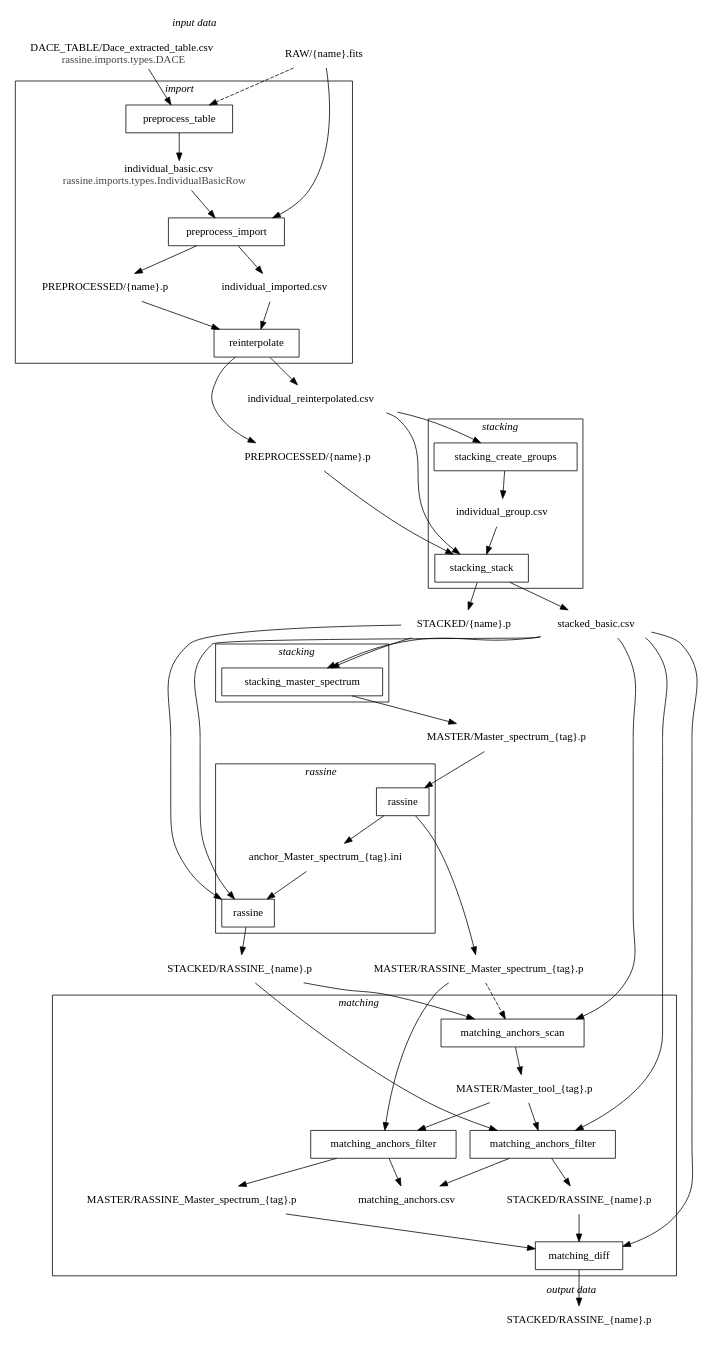
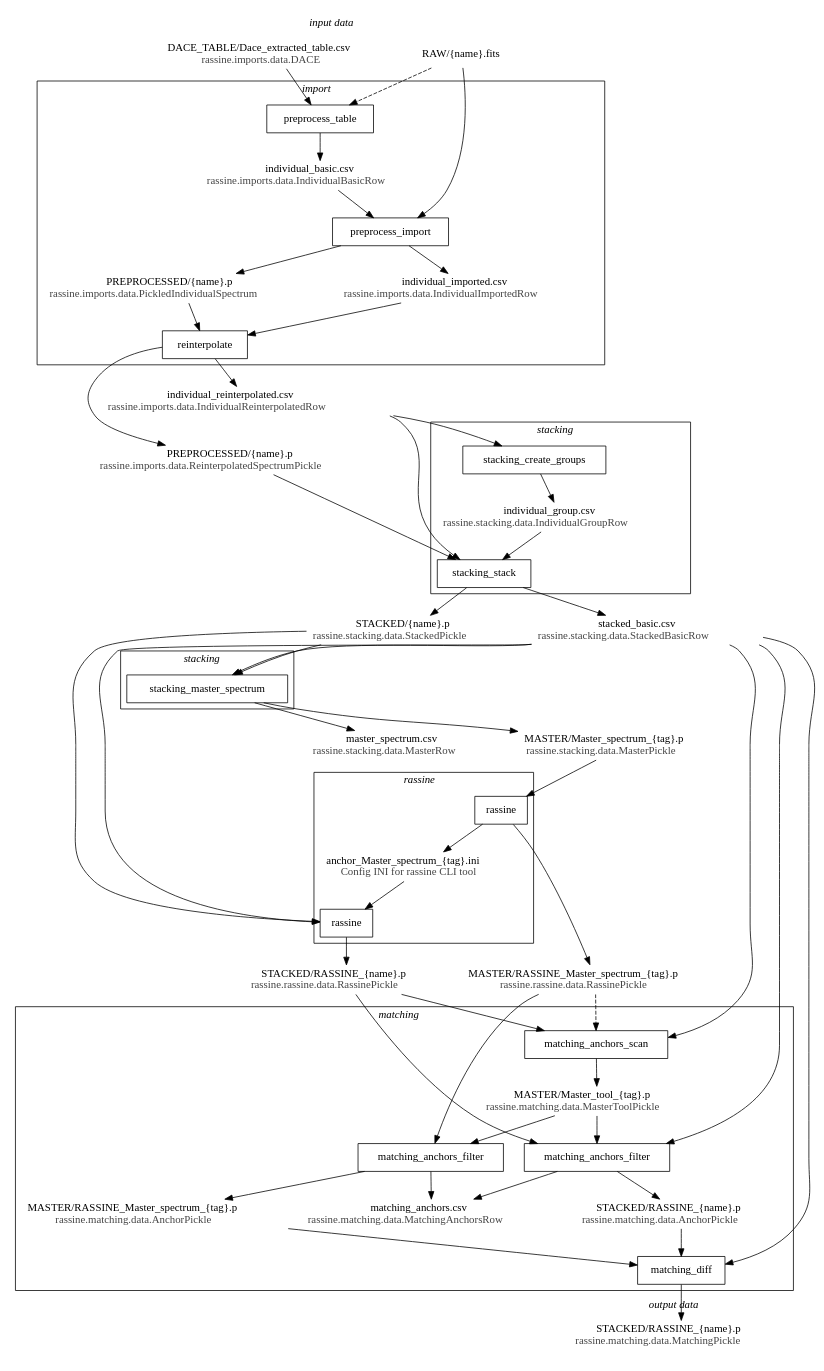
Before and after one commit to pegasilab/rassine: the diagram in _sources/graph.rst, drawn with Graphviz. The commit also changed other lines of this file and 187 other files, not shown here.

```diff
--- a/_sources/graph.rst
+++ b/_sources/graph.rst
@@ -5,145 +5,266 @@
 
     digraph process {
         newrank=false
+
+        // declare nodes, needs to be done before
+
         subgraph cluster_input_data {
-        label=<<i>input data</i>>
-        peripheries=0
-        "RAW/{name}.fits" [shape=none]
-        "DACE_TABLE/Dace_extracted_table.csv" [shape=none, label=<DACE_TABLE/Dace_extracted_table.csv<br/><font color="#444444">rassine.imports.types.DACE</font>>, href="../_autosummary/rassine.imports.types.DACE.html#rassine.imports.types.DACE", target="_top"]
+            label=<<i>input data</i>>
+            peripheries=0
+
+            "RAW/{name}.fits" [shape=none]
+            "DACE_TABLE/Dace_extracted_table.csv" [
+                shape=none,
+                label=<DACE_TABLE/Dace_extracted_table.csv<br/><font color="#444444">rassine.imports.data.DACE</font>>,
+                href="../_autosummary/rassine.imports.data.DACE.html#rassine.imports.data.DACE",
+                target="_top"
+            ]
         }
 
         subgraph cluster_data0 {
-        peripheries=0
-        "PREPROCESSED/{name}.p (bis)" [shape="none", label="PREPROCESSED/{name}.p"]
+            peripheries=0
 
-        "individual_reinterpolated.csv" [shape="none"]
+            "PREPROCESSED/{name}.p (bis)" [
+                shape=none
+                label=<PREPROCESSED/{name}.p<br/><font color="#444444">rassine.imports.data.ReinterpolatedSpectrumPickle</font>>,
+                href="../_autosummary/rassine.imports.data.ReinterpolatedSpectrumPickle.html",
+                target="_top"
+            ]
+            
+            "individual_reinterpolated.csv" [
+                shape=none,
+                label=<individual_reinterpolated.csv<br/><font color="#444444">rassine.imports.data.IndividualReinterpolatedRow</font>>,
+                href="../_autosummary/rassine.imports.data.IndividualReinterpolatedRow.html",
+                target="_top"
+            ]
         }
-        subgraph cluster_data1        {
-        peripheries=0
-        "stacked_basic.csv" [shape="none"]
-        "STACKED/{name}.p" [shape="none"]
-        "MASTER/Master_spectrum_{tag}.p" [shape=none]
+
+        subgraph cluster_data1 {
+            peripheries=0
+
+            "stacked_basic.csv" [
+                shape=none,
+                label=<stacked_basic.csv<br/><font color="#444444">rassine.stacking.data.StackedBasicRow</font>>,
+                href="../_autosummary/rassine.stacking.data.StackedBasicRow.html",
+                target="_top"
+            ]
+            "master_spectrum.csv" [
+                shape=none,
+                label=<master_spectrum.csv<br/><font color="#444444">rassine.stacking.data.MasterRow</font>>,
+                href="../_autosummary/rassine.stacking.data.MasterRow.html",
+                target="_top"
+            ]
+            "STACKED/{name}.p" [
+                shape=none,
+                label=<STACKED/{name}.p<br/><font color="#444444">rassine.stacking.data.StackedPickle</font>>,
+                href="../_autosummary/rassine.stacking.data.StackedPickle.html",
+                target="_top"
+            ]
+            "MASTER/Master_spectrum_{tag}.p" [
+                shape=none,
+                label=<MASTER/Master_spectrum_{tag}.p<br/><font color="#444444">rassine.stacking.data.MasterPickle</font>>,
+                href="../_autosummary/rassine.stacking.data.MasterPickle.html",
+                target="_top"
+            ]
         }
+
         subgraph cluster_data2         {
-        peripheries=0
-        "MASTER/RASSINE_Master_spectrum_{tag}.p" [shape=none]
-        "STACKED/RASSINE_{name}.p" [shape=none]
+            peripheries=0
+
+            "MASTER/RASSINE_Master_spectrum_{tag}.p" [
+                shape=none,
+                label=<MASTER/RASSINE_Master_spectrum_{tag}.p<br/><font color="#444444">rassine.rassine.data.RassinePickle</font>>,
+                href="../_autosummary/rassine.rassine.data.RassinePickle.html",
+                target="_top"
+            ]
+            "STACKED/RASSINE_{name}.p" [
+                shape=none,
+                label=<STACKED/RASSINE_{name}.p<br/><font color="#444444">rassine.rassine.data.RassinePickle</font>>,
+                href="../_autosummary/rassine.rassine.data.RassinePickle.html",
+                target="_top"
+            ]
         }
 
         subgraph cluster_output_data {
-        label=<<i>output data</i>>
-        peripheries=0
-        "STACKED/RASSINE_{name}.p (ter)" [shape=none,label="STACKED/RASSINE_{name}.p"]
+            label=<<i>output data</i>>
+            peripheries=0
+
+            "STACKED/RASSINE_{name}.p (ter)" [
+                shape=none,
+                label=<STACKED/RASSINE_{name}.p<br/><font color="#444444">rassine.matching.data.MatchingPickle</font>>,
+                href="../_autosummary/rassine.matching.data.MatchingPickle.html",
+                target="_top"
+            ]
         }
+
+        // now we go from top to bottom
+
         subgraph cluster_import {
             label=<<i>import</i>>
+
+            // data
+
+            "individual_basic.csv" [
+                shape=none,
+                label=<individual_basic.csv<br/><font color="#444444">rassine.imports.data.IndividualBasicRow</font>>,
+                href="../_autosummary/rassine.imports.data.IndividualBasicRow.html",
+                target="_top"
+            ]
+
+            "PREPROCESSED/{name}.p" [
+                shape=none
+                label=<PREPROCESSED/{name}.p<br/><font color="#444444">rassine.imports.data.PickledIndividualSpectrum</font>>,
+                href="../_autosummary/rassine.imports.data.PickledIndividualSpectrum.html",
+                target="_top"
+            ]
+
+            "individual_imported.csv" [
+                shape=none,
+                label=<individual_imported.csv<br/><font color="#444444">rassine.imports.data.IndividualImportedRow</font>>,
+                href="../_autosummary/rassine.imports.data.IndividualImportedRow.html",
+                target="_top"
+            ]
+
+            // CLI tools and edges
+
             "preprocess_table" [shape=box, href="../cli/preprocess_table.html", target="_top"]
                 "RAW/{name}.fits" -> "preprocess_table" [style="dashed"]
                 "DACE_TABLE/Dace_extracted_table.csv" -> "preprocess_table"
                 "preprocess_table" -> "individual_basic.csv"
 
             "preprocess_import" [shape=box, href="../cli/preprocess_import.html", target="_top"]
-            "individual_basic.csv" -> "preprocess_import"
-            "RAW/{name}.fits" -> "preprocess_import"
-
-            "individual_basic.csv" [shape=none, label=<individual_basic.csv<br/><font color="#444444">rassine.imports.types.IndividualBasicRow</font>>, href="../_autosummary/rassine.imports.types.IndividualBasicRow.html", target="_top"]
-
-            "preprocess_import" -> "PREPROCESSED/{name}.p"
-            "preprocess_import" -> "individual_imported.csv"
-
-            "PREPROCESSED/{name}.p" [shape=none]
-
-            "individual_imported.csv" [shape=none]
-
-            "individual_imported.csv" -> "reinterpolate"
-            "PREPROCESSED/{name}.p" -> "reinterpolate"
+                "individual_basic.csv" -> "preprocess_import"
+                "RAW/{name}.fits" -> "preprocess_import"
+                "preprocess_import" -> "PREPROCESSED/{name}.p"
+                "preprocess_import" -> "individual_imported.csv"
 
             "reinterpolate"  [shape=box, href="../cli/reinterpolate.html", target="_top"]
-            "reinterpolate" -> "PREPROCESSED/{name}.p (bis)"
-            "reinterpolate" -> "individual_reinterpolated.csv"
+                "individual_imported.csv" -> "reinterpolate"
+                "PREPROCESSED/{name}.p" -> "reinterpolate"
+                "reinterpolate" -> "PREPROCESSED/{name}.p (bis)"
+                "reinterpolate" -> "individual_reinterpolated.csv"
+        }
 
-        }
         subgraph cluster_stacking1 {
             label=<<i>stacking</i>>
+
+            // data
+
+            "individual_group.csv" [
+                shape=none,
+                label=<individual_group.csv<br/><font color="#444444">rassine.stacking.data.IndividualGroupRow</font>>,
+                href="../_autosummary/rassine.stacking.data.IndividualGroupRow.html",
+                target="_top"
+            ]
+
+            // CLI tools and edges
+
             "stacking_create_groups" [shape="box", href="../cli/stacking_create_groups.html", target="_top"]
-            "individual_reinterpolated.csv" -> "stacking_create_groups"
-            "stacking_create_groups" -> "individual_group.csv"
+                "individual_reinterpolated.csv" -> "stacking_create_groups"
+                "stacking_create_groups" -> "individual_group.csv"
 
-            "individual_group.csv" [shape="none"]
 
             "stacking_stack" [shape="box", href="../cli/stacking_stack.html", target="_top"]
+                "individual_group.csv" -> "stacking_stack"
+                "individual_reinterpolated.csv" -> "stacking_stack"
+                "PREPROCESSED/{name}.p (bis)" -> "stacking_stack"
+                "stacking_stack" -> "stacked_basic.csv"
+                "stacking_stack" -> "STACKED/{name}.p"
+        }
 
-            "individual_group.csv" -> "stacking_stack"
-            "individual_reinterpolated.csv" -> "stacking_stack"
-            "PREPROCESSED/{name}.p (bis)" -> "stacking_stack"
-            "stacking_stack" -> "stacked_basic.csv"
-            "stacking_stack" -> "STACKED/{name}.p"
-
-
-
-        }
         subgraph cluster_stacking2 {
             label=<<i>stacking</i>>
+
+            // CLI tools and edges
+
             "stacking_master_spectrum" [shape="box", href="../cli/stacking_master_spectrum.html", target="_top"]
-            "STACKED/{name}.p" -> "stacking_master_spectrum"
-            "stacked_basic.csv" -> "stacking_master_spectrum"
-            "stacking_master_spectrum" -> "MASTER/Master_spectrum_{tag}.p"
+                "STACKED/{name}.p" -> "stacking_master_spectrum"
+                "stacked_basic.csv" -> "stacking_master_spectrum"
+                "stacking_master_spectrum" -> "MASTER/Master_spectrum_{tag}.p"
+                "stacking_master_spectrum" -> "master_spectrum.csv"
         }
+
         subgraph cluster_rassine {
             label=<<i>rassine</i>>
+
+            // data
+
+            "anchor_Master_spectrum_{tag}.ini" [
+                shape=none,
+                label=<anchor_Master_spectrum_{tag}.ini<br/><font color="#444444">Config INI for rassine CLI tool</font>>,
+                href="../cli/rassine.html",
+                target="_top"
+            ]
+    
+            // CLI tools and edges
+
             "rassine1" [label="rassine", shape="box", href="../cli/rassine.html", target="_top"]
+                "MASTER/Master_spectrum_{tag}.p" -> "rassine1"
+                "rassine1" -> "anchor_Master_spectrum_{tag}.ini"
+                "rassine1" -> "MASTER/RASSINE_Master_spectrum_{tag}.p"
+
             "rassine2" [label="rassine", shape="box", href="../cli/rassine.html", target="_top"]
+                "STACKED/{name}.p" -> "rassine2"
+                "anchor_Master_spectrum_{tag}.ini" -> "rassine2"
+                "stacked_basic.csv" -> "rassine2"
+                "rassine2" -> "STACKED/RASSINE_{name}.p"
+        }
 
-            "MASTER/Master_spectrum_{tag}.p" -> "rassine1"
-            "rassine1" -> "anchor_Master_spectrum_{tag}.ini"
-            "rassine1" -> "MASTER/RASSINE_Master_spectrum_{tag}.p"
-
-
-            "anchor_Master_spectrum_{tag}.ini" [shape=none]
-
-            "STACKED/{name}.p" -> "rassine2"
-            "anchor_Master_spectrum_{tag}.ini" -> "rassine2"
-            "stacked_basic.csv" -> "rassine2"
-            "rassine2" -> "STACKED/RASSINE_{name}.p"
-
-        }
         subgraph cluster_matching {
             label=<<i>matching</i>>
-            "stacked_basic.csv" -> "matching_anchors_scan"
-            "STACKED/RASSINE_{name}.p" -> "matching_anchors_scan"
-            "MASTER/RASSINE_Master_spectrum_{tag}.p" -> "matching_anchors_scan" [style="dashed"]
-            "matching_anchors_scan" -> "MASTER/Master_tool_{tag}.p"
+
+            // data
+
+            "MASTER/Master_tool_{tag}.p" [
+                shape=none,
+                label=<MASTER/Master_tool_{tag}.p<br/><font color="#444444">rassine.matching.data.MasterToolPickle</font>>,
+                href="../_autosummary/rassine.matching.data.MasterToolPickle.html",
+                target="_top"
+            ]
+            "MASTER/RASSINE_Master_spectrum_{tag}.p (bis)" [
+                shape=none,
+                label=<MASTER/RASSINE_Master_spectrum_{tag}.p<br/><font color="#444444">rassine.matching.data.AnchorPickle</font>>,
+                href="../_autosummary/rassine.matching.data.AnchorPickle.html",
+                target="_top"
+            ]
+            "STACKED/RASSINE_{name}.p (bis)" [
+                shape=none,
+                label=<STACKED/RASSINE_{name}.p<br/><font color="#444444">rassine.matching.data.AnchorPickle</font>>,
+                href="../_autosummary/rassine.matching.data.AnchorPickle.html",
+                target="_top"
+            ]
+            "matching_anchors.csv" [
+                shape=none,
+                label=<matching_anchors.csv<br/><font color="#444444">rassine.matching.data.MatchingAnchorsRow</font>>,
+                href="../_autosummary/rassine.matching.data.MatchingAnchorsRow.html",
+                target="_top"
+            ]
+
+            // CLI tools and edges
 
             "matching_anchors_scan" [shape=box, href="../cli/matching_anchors_scan.html", target="_top"]
-
-            "MASTER/Master_tool_{tag}.p" [shape=none]
+                "stacked_basic.csv" -> "matching_anchors_scan"
+                "STACKED/RASSINE_{name}.p" -> "matching_anchors_scan"
+                "MASTER/RASSINE_Master_spectrum_{tag}.p" -> "matching_anchors_scan" [style="dashed"]
+                "matching_anchors_scan" -> "MASTER/Master_tool_{tag}.p"
 
             "matching_anchors_filter1" [label="matching_anchors_filter", shape=box, href="../cli/matching_anchors_filter.html", target="_top"]
-
-            "stacked_basic.csv" -> "matching_anchors_filter1"
-            "STACKED/RASSINE_{name}.p" -> "matching_anchors_filter1"
-            "MASTER/Master_tool_{tag}.p" -> "matching_anchors_filter1"
-            "matching_anchors_filter1" -> "STACKED/RASSINE_{name}.p (bis)"
-            "matching_anchors_filter1" -> "matching_anchors.csv"
+                "stacked_basic.csv" -> "matching_anchors_filter1"
+                "STACKED/RASSINE_{name}.p" -> "matching_anchors_filter1"
+                "MASTER/Master_tool_{tag}.p" -> "matching_anchors_filter1"
+                "matching_anchors_filter1" -> "STACKED/RASSINE_{name}.p (bis)"
+                "matching_anchors_filter1" -> "matching_anchors.csv"
 
             "matching_anchors_filter2" [label="matching_anchors_filter", shape=box, href="../cli/matching_anchors_filter.html", target="_top"]
-            "MASTER/RASSINE_Master_spectrum_{tag}.p" -> "matching_anchors_filter2"
-            "MASTER/Master_tool_{tag}.p" -> "matching_anchors_filter2"
-            "matching_anchors_filter2" -> "MASTER/RASSINE_Master_spectrum_{tag}.p (bis)"
-            "matching_anchors_filter2" -> "matching_anchors.csv"
-
-            "MASTER/RASSINE_Master_spectrum_{tag}.p (bis)" [shape=none, label="MASTER/RASSINE_Master_spectrum_{tag}.p"]
-
-            "STACKED/RASSINE_{name}.p (bis)" [shape=none,label="STACKED/RASSINE_{name}.p"]
-            "matching_anchors.csv" [shape=none]
-
+                "MASTER/RASSINE_Master_spectrum_{tag}.p" -> "matching_anchors_filter2"
+                "MASTER/Master_tool_{tag}.p" -> "matching_anchors_filter2"
+                "matching_anchors_filter2" -> "MASTER/RASSINE_Master_spectrum_{tag}.p (bis)"
+                "matching_anchors_filter2" -> "matching_anchors.csv"
 
             "matching_diff" [shape=box, href="../cli/matching_diff.html", target="_top"]
-
-            "matching_diff" [shape=box]
-            "MASTER/RASSINE_Master_spectrum_{tag}.p (bis)" -> "matching_diff"
-            "stacked_basic.csv" -> "matching_diff"
-            "STACKED/RASSINE_{name}.p (bis)" -> "matching_diff"
-            "matching_diff" -> "STACKED/RASSINE_{name}.p (ter)"
+                "MASTER/RASSINE_Master_spectrum_{tag}.p (bis)" -> "matching_diff"
+                "stacked_basic.csv" -> "matching_diff"
+                "STACKED/RASSINE_{name}.p (bis)" -> "matching_diff"
+                "matching_diff" -> "STACKED/RASSINE_{name}.p (ter)"
         }
     }
```
